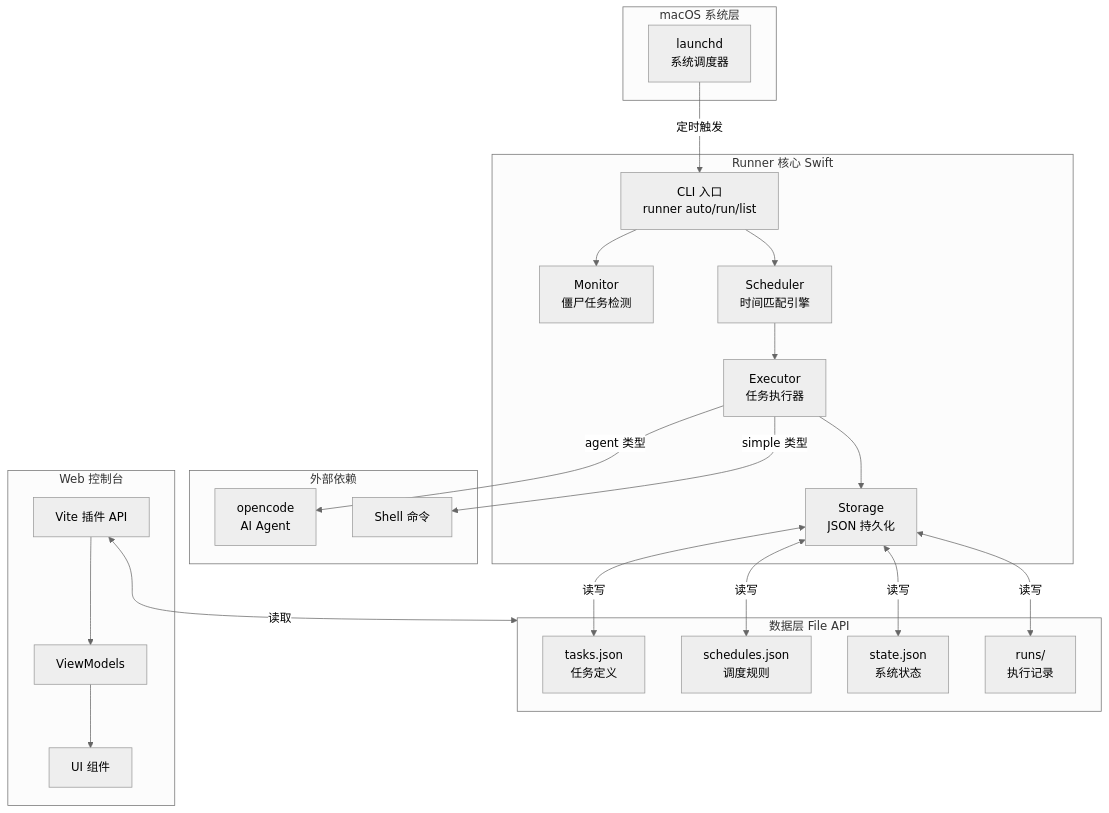
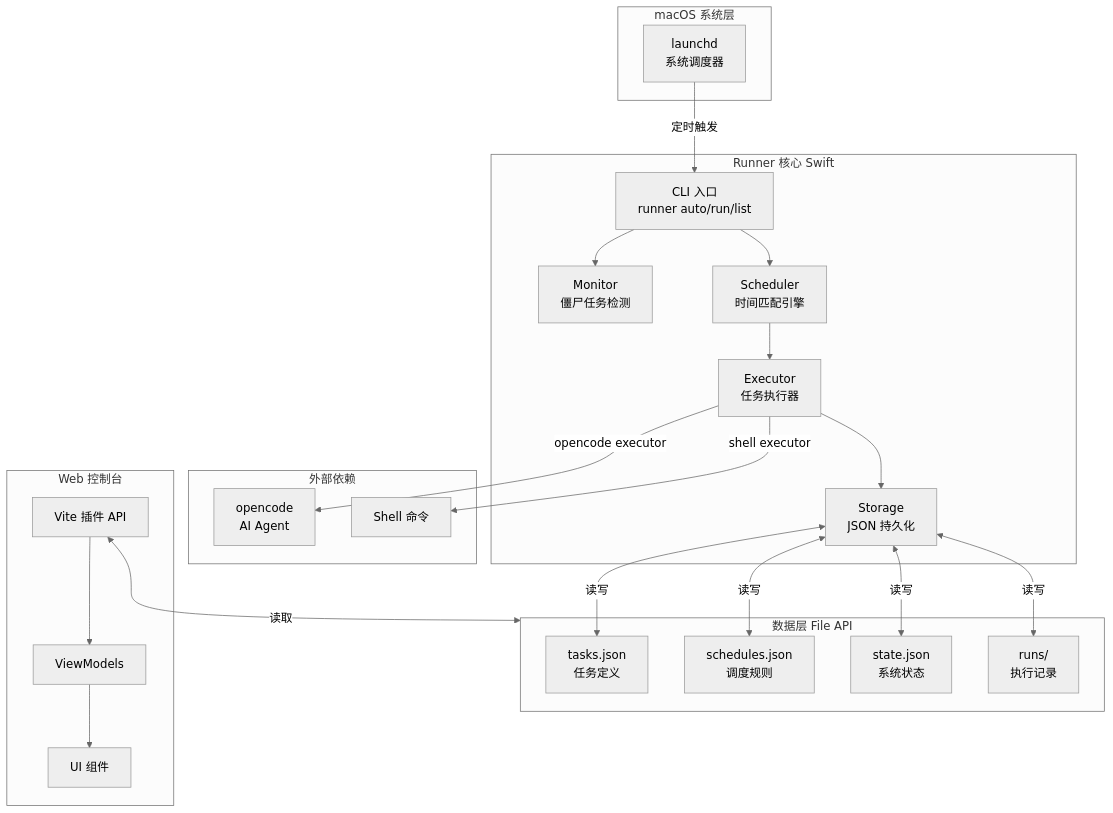
One commit to nocoo/runner changed the diagram in docs/05-architecture.md. Above: the diagram before and after it, drawn with Mermaid (neutral theme). The commit also changed 14 other files, not shown here.

````diff
--- a/docs/05-architecture.md
+++ b/docs/05-architecture.md
@@ -5,49 +5,49 @@
 ```mermaid
 flowchart TB
     subgraph macOS[macOS 系统层]
         launchd[launchd\n系统调度器]
     end
 
     subgraph Runner[Runner 核心 Swift]
         CLI[CLI 入口\nrunner auto/run/list]
         Monitor[Monitor\n僵尸任务检测]
         Scheduler[Scheduler\n时间匹配引擎]
         Executor[Executor\n任务执行器]
         Storage[Storage\nJSON 持久化]
     end
 
     subgraph Data[数据层 File API]
         tasks[tasks.json\n任务定义]
         schedules[schedules.json\n调度规则]
         state[state.json\n系统状态]
         runs[runs/\n执行记录]
     end
 
     subgraph External[外部依赖]
         opencode[opencode\nAI Agent]
         shell[Shell 命令]
     end
 
     subgraph Dashboard[Web 控制台]
         ViteAPI[Vite 插件 API]
         ViewModels[ViewModels]
         UI[UI 组件]
     end
 
     launchd -->|定时触发| CLI
     CLI --> Monitor
     CLI --> Scheduler
     Scheduler --> Executor
     Executor --> Storage
-    Executor -->|agent 类型| opencode
-    Executor -->|simple 类型| shell
+    Executor -->|opencode executor| opencode
+    Executor -->|shell executor| shell
 
     Storage <-->|读写| tasks
     Storage <-->|读写| schedules
     Storage <-->|读写| state
     Storage <-->|读写| runs
 
     ViteAPI <-->|读取| Data
     ViteAPI --> ViewModels
     ViewModels --> UI
 ```
````
